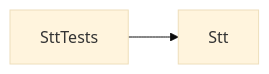
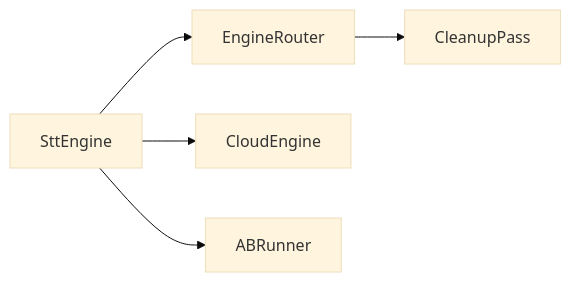
One commit to Harwasch/voiceremote changed the diagram in SW/ios/Packages/Stt/Sources/README.md. Above: the diagram before and after it, drawn with Mermaid (base theme). The commit also changed other lines of this file and 25 other files, not shown here.

Commit message:
SW: speech engine interface, router, cleanup and adapters

````diff
--- a/SW/ios/Packages/Stt/Sources/README.md
+++ b/SW/ios/Packages/Stt/Sources/README.md
@@ -1,4 +1,5 @@
 ```mermaid
 flowchart LR
-  SttTests --> Stt
+  SttEngine --> EngineRouter --> CleanupPass
+  SttEngine --> CloudEngine & ABRunner
 ```
````
